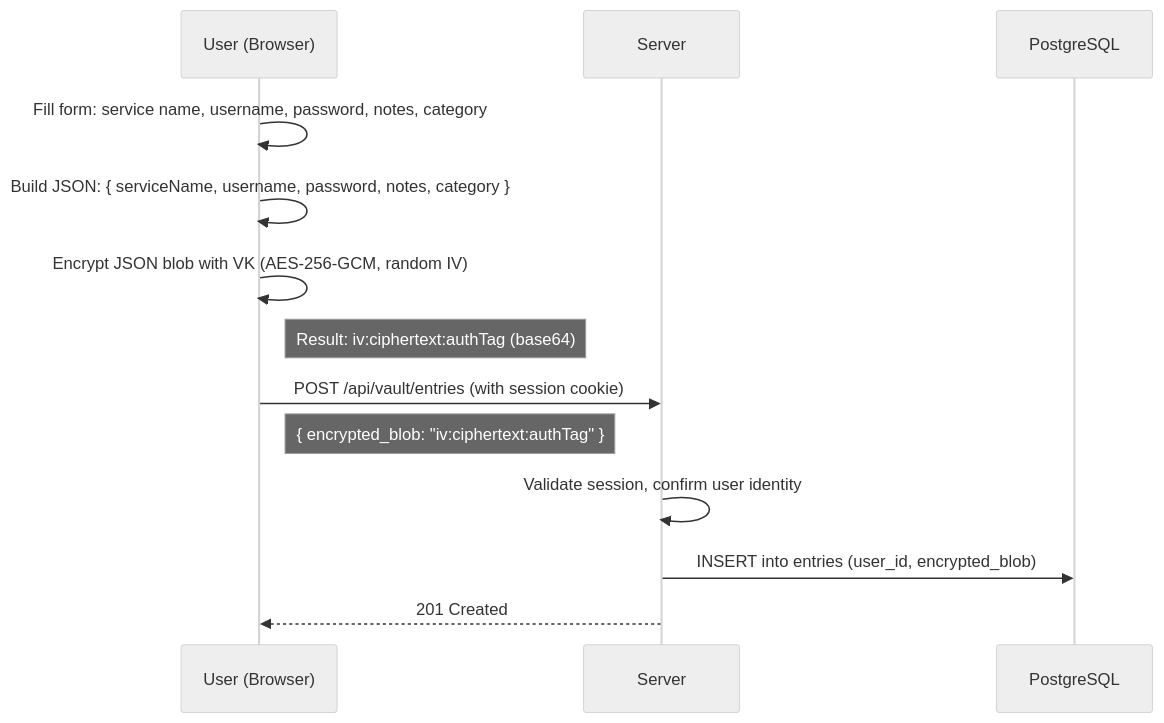
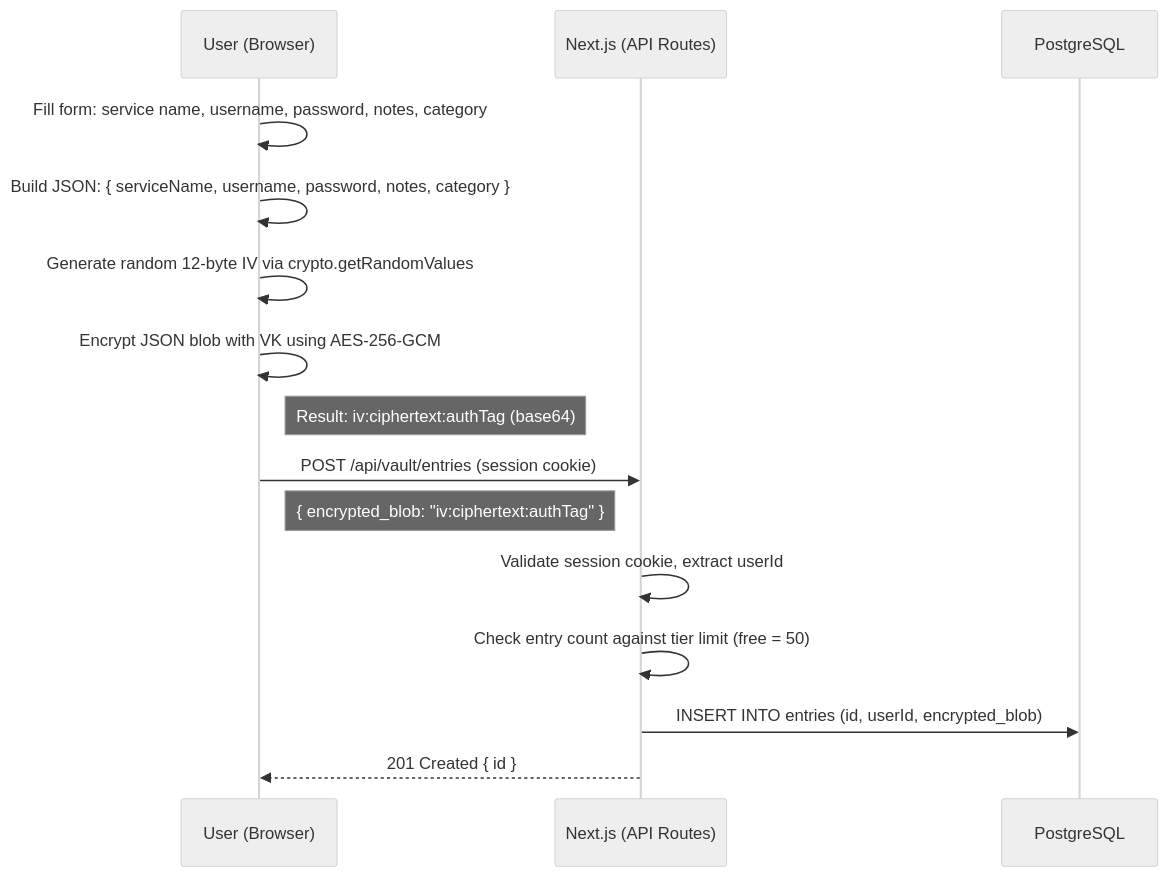
The sixth of 8 diagrams in docs/ARCHITECTURE.md (kunalsinghdadhwal/lockr), drawn with Mermaid (neutral theme) before and after one commit. The commit also changed other lines of this file, not shown here.

````diff
--- a/docs/ARCHITECTURE.md
+++ b/docs/ARCHITECTURE.md
@@ -169,17 +353,19 @@
 ```mermaid
 sequenceDiagram
     participant U as User (Browser)
-    participant S as Server
+    participant N as Next.js (API Routes)
     participant DB as PostgreSQL
 
     U->>U: Fill form: service name, username, password, notes, category
     U->>U: Build JSON: { serviceName, username, password, notes, category }
-    U->>U: Encrypt JSON blob with VK (AES-256-GCM, random IV)
+    U->>U: Generate random 12-byte IV via crypto.getRandomValues
+    U->>U: Encrypt JSON blob with VK using AES-256-GCM
     Note right of U: Result: iv:ciphertext:authTag (base64)
 
-    U->>S: POST /api/vault/entries (with session cookie)
+    U->>N: POST /api/vault/entries (session cookie)
     Note right of U: { encrypted_blob: "iv:ciphertext:authTag" }
-    S->>S: Validate session, confirm user identity
-    S->>DB: INSERT into entries (user_id, encrypted_blob)
-    S-->>U: 201 Created
+    N->>N: Validate session cookie, extract userId
+    N->>N: Check entry count against tier limit (free = 50)
+    N->>DB: INSERT INTO entries (id, userId, encrypted_blob)
+    N-->>U: 201 Created { id }
 ```
````
